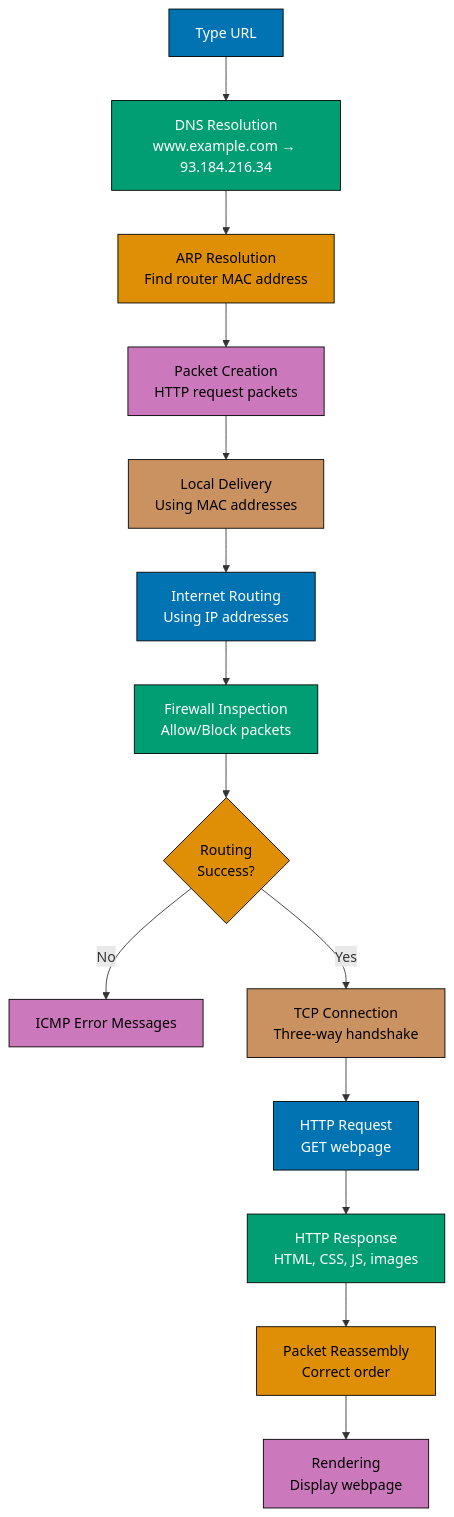
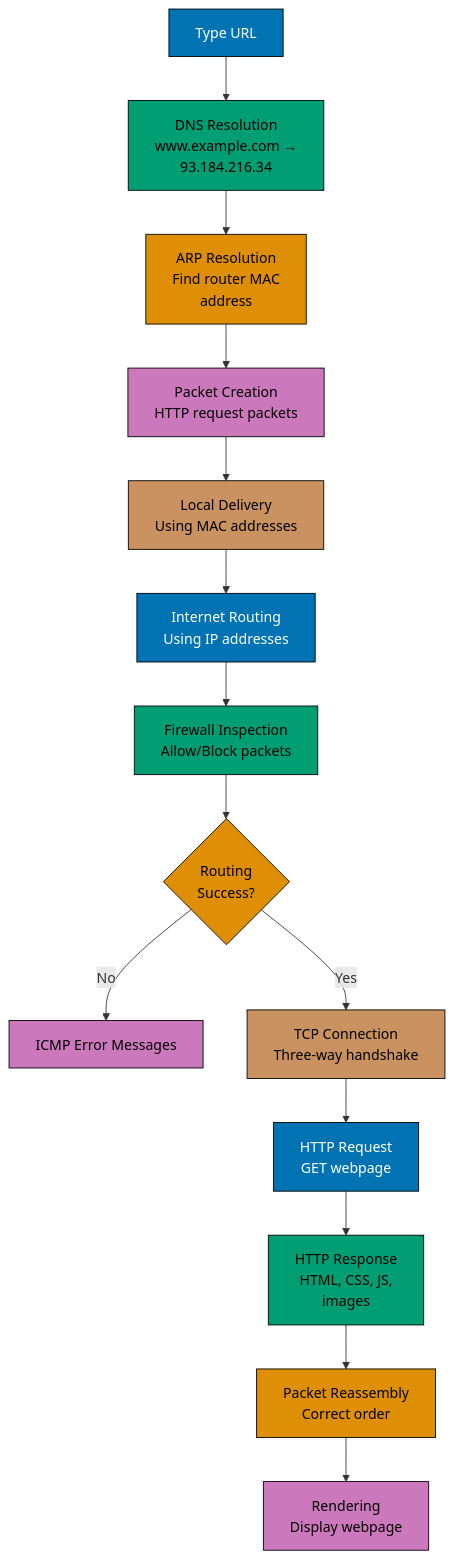
The sixth of 6 diagrams in apps/ayokoding-www/content/en/learn/legacy/software-engineering/networking/introduction.md (wahidyankf/ose-public), drawn with Mermaid before and after one commit. The commit also changed other lines of this file and 78 other files, not shown here.

First line of the commit message:
fix(mermaid): bring the remaining legacy software-engineering diagrams onto the accessible palette

````diff
--- a/apps/ayokoding-www/content/en/learn/legacy/software-engineering/networking/introduction.md
+++ b/apps/ayokoding-www/content/en/learn/legacy/software-engineering/networking/introduction.md
@@ -298,32 +333,40 @@
 ```mermaid
 %% Color Palette: Blue #0173B2, Orange #DE8F05, Teal #029E73, Purple #CC78BC, Brown #CA9161
 flowchart TD
-    A[Type URL] --> B[DNS Resolution<br/>www.example.com → 93.184.216.34]
-    B --> C[ARP Resolution<br/>Find router MAC address]
+    accTitle: Real-World Example
+    accDescr: Flowchart with 14 nodes and 13 connections. Nodes: Type URL, DNS Resolution www.example.com → 93.184.216.34, ARP Resolution Find router MAC address, Packet Creation HTTP request packets, Local Delivery Using MAC addresses, Internet Routing Using IP addresses, Firewall Inspection Allow/Block packets, Routing Success?, ICMP Error Messages, TCP Connection Three-way handshake, HTTP Request GET webpage, HTTP Response HTML, CSS, JS, images, and 2 more. Connections: Type URL to DNS Resolution www.example.com → 93.184.216.34, DNS Resolution www.example.com → 93.184.216.34 to ARP Resolution Find router MAC address, ARP Resolution Find router MAC address to Packet Creation HTTP request packets, Packet Creation HTTP request packets to Local Delivery Using MAC addresses, Local Delivery Using MAC addresses to Internet Routing Using IP addresses, Internet Routing Using IP addresses to Firewall Inspection Allow/Block packets, Firewall Inspection Allow/Block packets to Routing Success?, Routing Success? to ICMP Error Messages (No), Routing Success? to TCP Connection Three-way handshake (Yes), TCP Connection Three-way handshake to HTTP Request GET webpage, HTTP Request GET webpage to HTTP Response HTML, CSS, JS, images, HTTP Response HTML, CSS, JS, images to Packet Reassembly Correct order, and 1 more.
+    A[Type URL] --> B[DNS Resolution<br/>www.example.com →<br/>93.184.216.34]
+    B --> C[ARP Resolution<br/>Find router MAC<br/>address]
     C --> D[Packet Creation<br/>HTTP request packets]
     D --> E[Local Delivery<br/>Using MAC addresses]
     E --> F[Internet Routing<br/>Using IP addresses]
     F --> G[Firewall Inspection<br/>Allow/Block packets]
     G --> H{Routing<br/>Success?}
     H -->|No| I[ICMP Error Messages]
     H -->|Yes| J[TCP Connection<br/>Three-way handshake]
     J --> K[HTTP Request<br/>GET webpage]
-    K --> L[HTTP Response<br/>HTML, CSS, JS, images]
+    K --> L[HTTP Response<br/>HTML, CSS, JS,<br/>images]
     L --> M[Packet Reassembly<br/>Correct order]
     M --> N[Rendering<br/>Display webpage]
 
-    style A fill:#0173B2,stroke:#000,color:#fff
-    style B fill:#029E73,stroke:#000,color:#fff
-    style C fill:#DE8F05,stroke:#000,color:#000
-    style D fill:#CC78BC,stroke:#000,color:#000
-    style E fill:#CA9161,stroke:#000,color:#000
-    style F fill:#0173B2,stroke:#000,color:#fff
-    style G fill:#029E73,stroke:#000,color:#fff
-    style H fill:#DE8F05,stroke:#000,color:#000
-    style I fill:#CC78BC,stroke:#000,color:#000
-    style J fill:#CA9161,stroke:#000,color:#000
-    style K fill:#0173B2,stroke:#000,color:#fff
-    style L fill:#029E73,stroke:#000,color:#fff
-    style M fill:#DE8F05,stroke:#000,color:#000
-    style N fill:#CC78BC,stroke:#000,color:#000
+    classDef pal-0173B2 fill:#0173B2,stroke:#000000,color:#FFFFFF
+    class A pal-0173B2
+    classDef pal-029E73 fill:#029E73,stroke:#000000,color:#000000
+    class B pal-029E73
+    classDef pal-DE8F05 fill:#DE8F05,stroke:#000000,color:#000000
+    class C pal-DE8F05
+    classDef pal-CC78BC fill:#CC78BC,stroke:#000000,color:#000000
+    class D pal-CC78BC
+    classDef pal-CA9161 fill:#CA9161,stroke:#000000,color:#000000
+    class E pal-CA9161
+    class F pal-0173B2
+    class G pal-029E73
+    class H pal-DE8F05
+    class I pal-CC78BC
+    class J pal-CA9161
+    class K pal-0173B2
+    class L pal-029E73
+    class M pal-DE8F05
+    class N pal-CC78BC
+    classDef default fill:#FFFFFF,stroke:#000000,color:#000000
 ```
````
